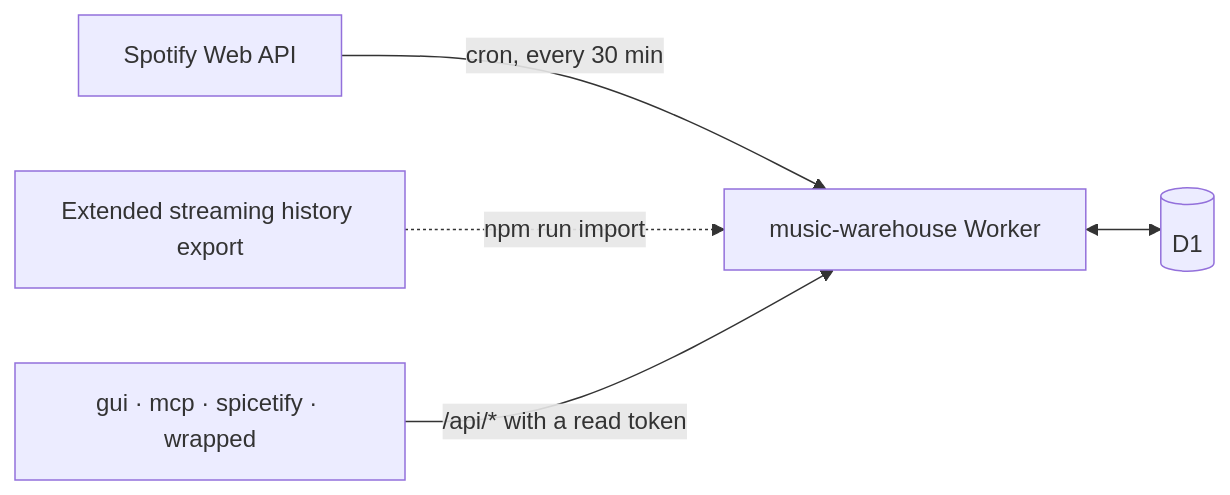
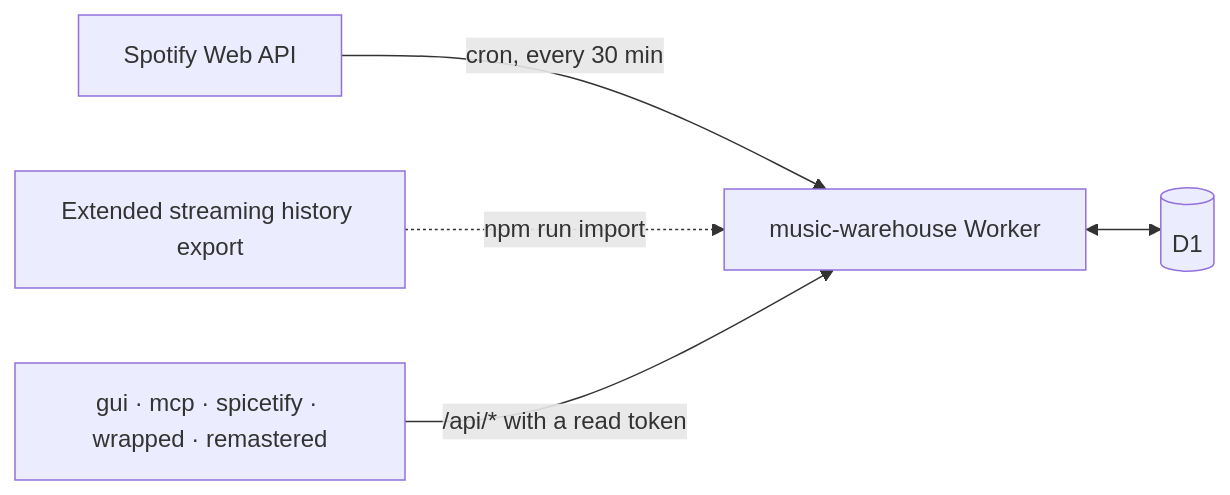
Before and after one commit to rcnsh/music-warehouse: the diagram in README.md, drawn with Mermaid. The commit also changed other lines of this file, not shown here.

Commit message:
docs: list the Android client, and the GUI's Linux and Windows builds, in the README

````diff
--- a/README.md
+++ b/README.md
@@ -49,7 +49,7 @@
 ```mermaid
 flowchart LR
   spotify["Spotify Web API"] -- "cron, every 30 min" --> worker["music-warehouse Worker"]
   export["Extended streaming history export"] -. "npm run import" .-> worker
   worker <--> d1[("D1")]
-  clients["gui · mcp · spicetify · wrapped"] -- "/api/* with a read token" --> worker
+  clients["gui · mcp · spicetify · wrapped · remastered"] -- "/api/* with a read token" --> worker
 ```
````
